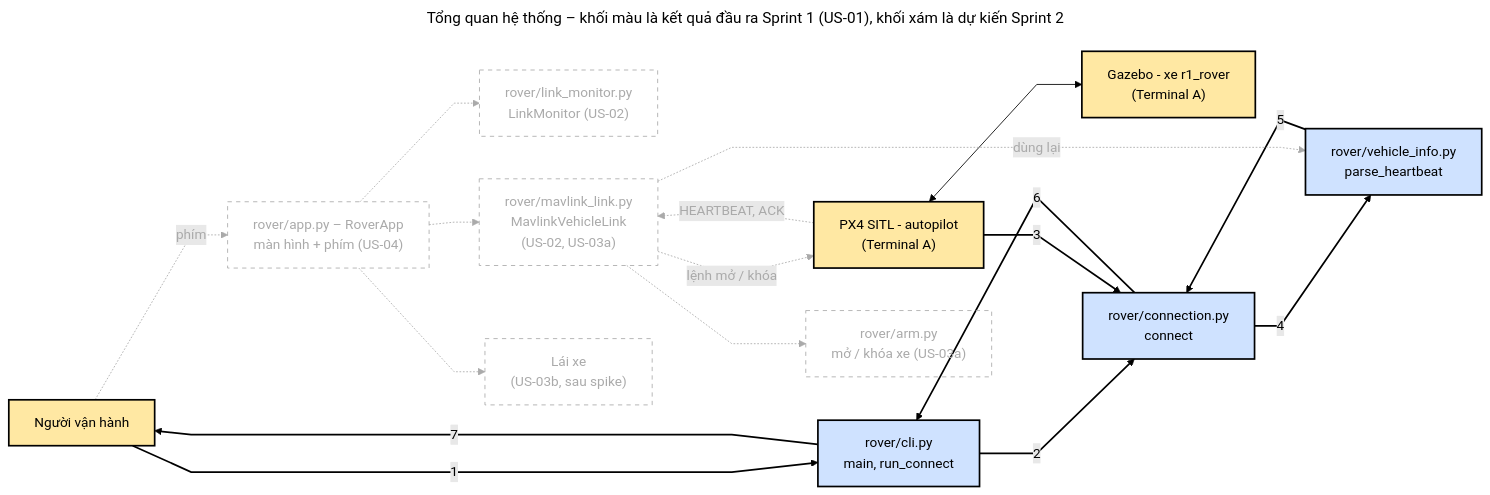
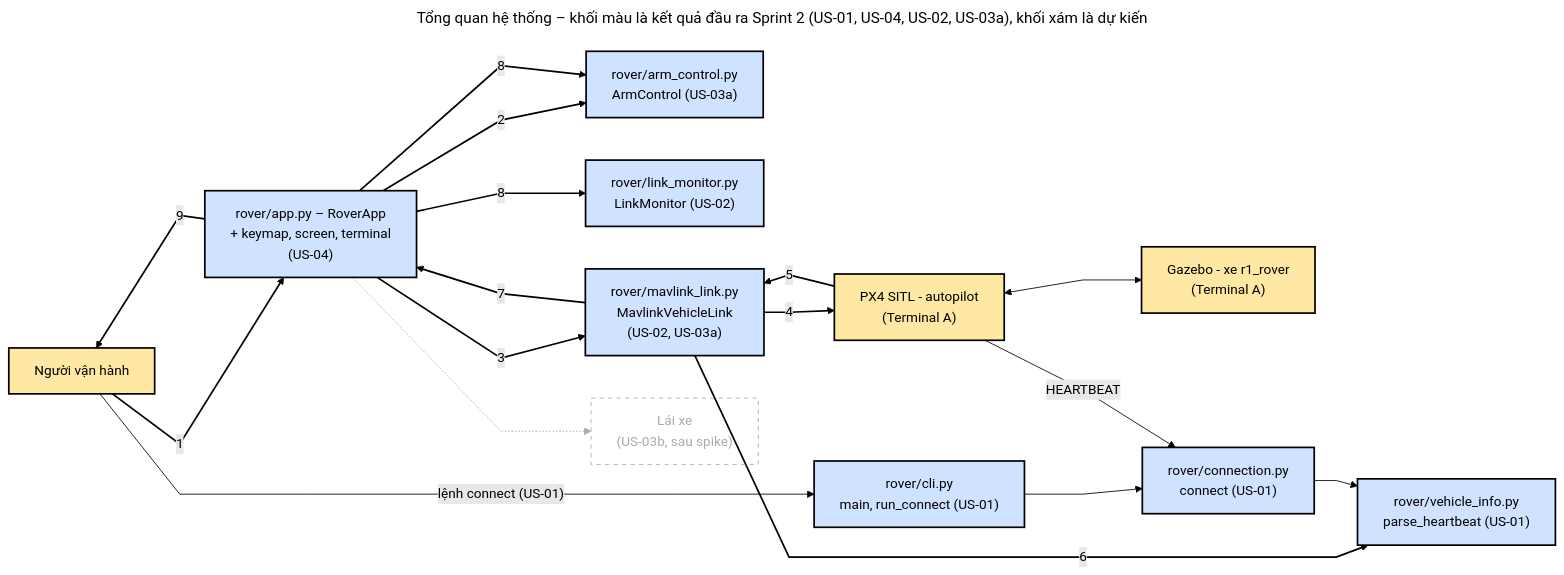
Before and after one commit to wenxizhabg/rover-control-by-PX4: the diagram in docs/diagrams/system-overview/system-overview.mmd, drawn with Mermaid (forest theme). The commit also changed 5 other files, not shown here.

```diff
--- a/docs/diagrams/system-overview/system-overview.mmd
+++ b/docs/diagrams/system-overview/system-overview.mmd
@@ -1,58 +1,57 @@
 ---
-title: Tổng quan hệ thống – khối màu là kết quả đầu ra Sprint 1 (US-01), khối xám là dự kiến Sprint 2
+title: Tổng quan hệ thống – khối màu là kết quả đầu ra Sprint 2 (US-01, US-04, US-02, US-03a), khối xám là dự kiến
 config:
   flowchart:
     curve: linear
 ---
 flowchart LR
     %% Khối đã có: người dùng và phần mềm không do nhóm viết
     user["Người vận hành"]
     px4["PX4 SITL - autopilot<br/>(Terminal A)"]
     gz["Gazebo - xe r1_rover<br/>(Terminal A)"]
 
     %% Khối đã có: code của nhóm (app rover, Terminal B)
-    cli["rover/cli.py<br/>main, run_connect"]
-    conn["rover/connection.py<br/>connect"]
-    vi["rover/vehicle_info.py<br/>parse_heartbeat"]
+    app["rover/app.py – RoverApp<br/>+ keymap, screen, terminal<br/>(US-04)"]
+    am["rover/arm_control.py<br/>ArmControl (US-03a)"]
+    lm["rover/link_monitor.py<br/>LinkMonitor (US-02)"]
+    ml["rover/mavlink_link.py<br/>MavlinkVehicleLink<br/>(US-02, US-03a)"]
+    vi["rover/vehicle_info.py<br/>parse_heartbeat (US-01)"]
+    cli["rover/cli.py<br/>main, run_connect (US-01)"]
+    conn["rover/connection.py<br/>connect (US-01)"]
 
-    %% Khối dự kiến Sprint 2 (US-04, US-02, US-03a) và US-03b (chưa vào sprint), theo kiến trúc trong docs/diagrams/class/
-    app2["rover/app.py – RoverApp<br/>màn hình + phím (US-04)"]
-    lm2["rover/link_monitor.py<br/>LinkMonitor (US-02)"]
-    arm2["rover/arm.py<br/>mở / khóa xe (US-03a)"]
-    ml2["rover/mavlink_link.py<br/>MavlinkVehicleLink<br/>(US-02, US-03a)"]
-    drv2["Lái xe<br/>(US-03b, sau spike)"]
+    %% Khối dự kiến: US-03b, chưa vào sprint
+    drv["Lái xe<br/>(US-03b, sau spike)"]
 
-    %% --- ĐỊNH HÌNH BỐ CỤC CHÍNH ---
-    user -->|"1"| cli
-    cli -->|"2"| conn
-    conn -->|"4"| vi
-    
-    px4 -->|"3"| conn
-    
-    vi -->|"5"| conn
-    conn -->|"6"| cli
-    cli -->|"7"| user
+    %% Luồng chính khi người vận hành bấm R để mở khóa xe, số tăng dần theo thứ tự xảy ra (cạnh 0 đến 9)
+    user -->|"1"| app
+    app -->|"2"| am
+    app -->|"3"| ml
+    ml -->|"4"| px4
+    px4 -->|"5"| ml
+    ml -->|"6"| vi
+    ml -->|"7"| app
+    app -->|"8"| lm
+    app -->|"8"| am
+    app -->|"9"| user
 
+    %% Liên kết không đánh số: phần mềm bên ngoài với nhau, và lệnh connect của US-01 (cạnh 10 đến 14)
     px4 <--> gz
+    user -->|"lệnh connect (US-01)"| cli
+    cli --> conn
+    conn --> vi
+    px4 -->|"HEARTBEAT"| conn
 
-    %% Luồng dự kiến, chưa đánh số (cạnh 8 trở đi)
-    user -.->|"phím"| app2
-    app2 -.-> lm2
-    app2 -.-> drv2
-    app2 -.-> ml2
-    ml2 -.-> arm2
-    ml2 -.->|"dùng lại"| vi
-    ml2 -.->|"lệnh mở / khóa"| px4
-    px4 -.->|"HEARTBEAT, ACK"| ml2
+    %% Luồng dự kiến, chưa đánh số (cạnh 15)
+    app -.-> drv
 
     classDef done fill:#cfe2ff,stroke:#000,stroke-width:2px,color:#000
     classDef ext fill:#ffe8a3,stroke:#000,stroke-width:2px,color:#000
     classDef plan fill:none,stroke:#aaa,stroke-width:1px,stroke-dasharray:5 5,color:#aaa
 
-    class cli,conn,vi done
+    class app,am,lm,ml,vi,cli,conn done
     class user,px4,gz ext
-    class app2,lm2,arm2,ml2,drv2 plan
+    class drv plan
 
-    linkStyle 0,1,2,3,4,5,6 stroke:#000,stroke-width:2px,color:#000
-    linkStyle 7 stroke:#000,stroke-width:1px,color:#000
-    linkStyle 8,9,10,11,12,13,14,15 stroke:#aaa,stroke-width:1px,color:#aaa
+    linkStyle 0,1,2,3,4,5,6,7,8,9 stroke:#000,stroke-width:2px,color:#000
+    linkStyle 10,11,12,13,14 stroke:#000,stroke-width:1px,color:#000
+    linkStyle 15 stroke:#aaa,stroke-width:1px,color:#aaa
```
